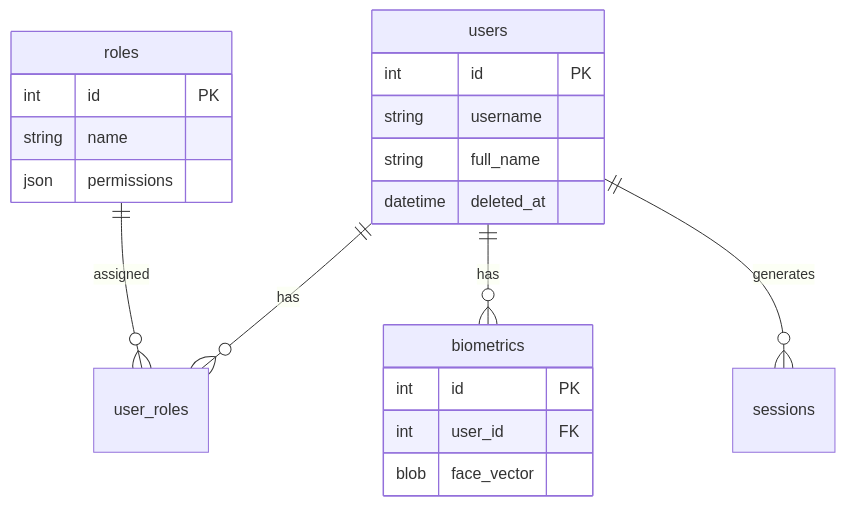
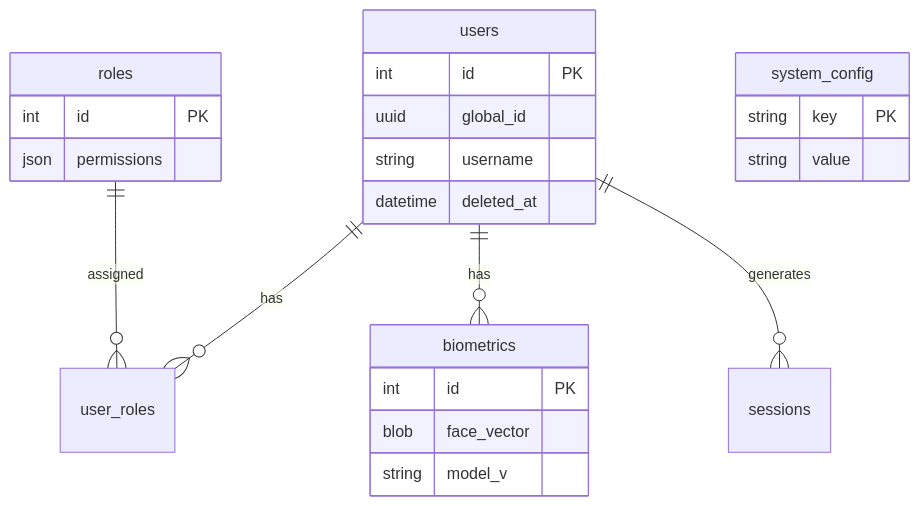
One commit to asdcainicela/QtFaceAuth changed the diagram in docs/database.md. Above: the diagram before and after it, drawn with Mermaid. The commit also changed other lines of this file and 1 other file, not shown here.

````diff
--- a/docs/database.md
+++ b/docs/database.md
@@ -99,26 +88,30 @@
 ```mermaid
 erDiagram
     users ||--o{ user_roles : has
     roles ||--o{ user_roles : assigned
     users ||--o{ biometrics : has
     users ||--o{ sessions : generates
     
     users {
         int id PK
+        uuid global_id
         string username
-        string full_name
         datetime deleted_at
     }
     
     biometrics {
         int id PK
-        int user_id FK
         blob face_vector
+        string model_v
     }
     
     roles {
         int id PK
-        string name
         json permissions
     }
+    
+    system_config {
+        string key PK
+        string value
+    }
 ```
````
